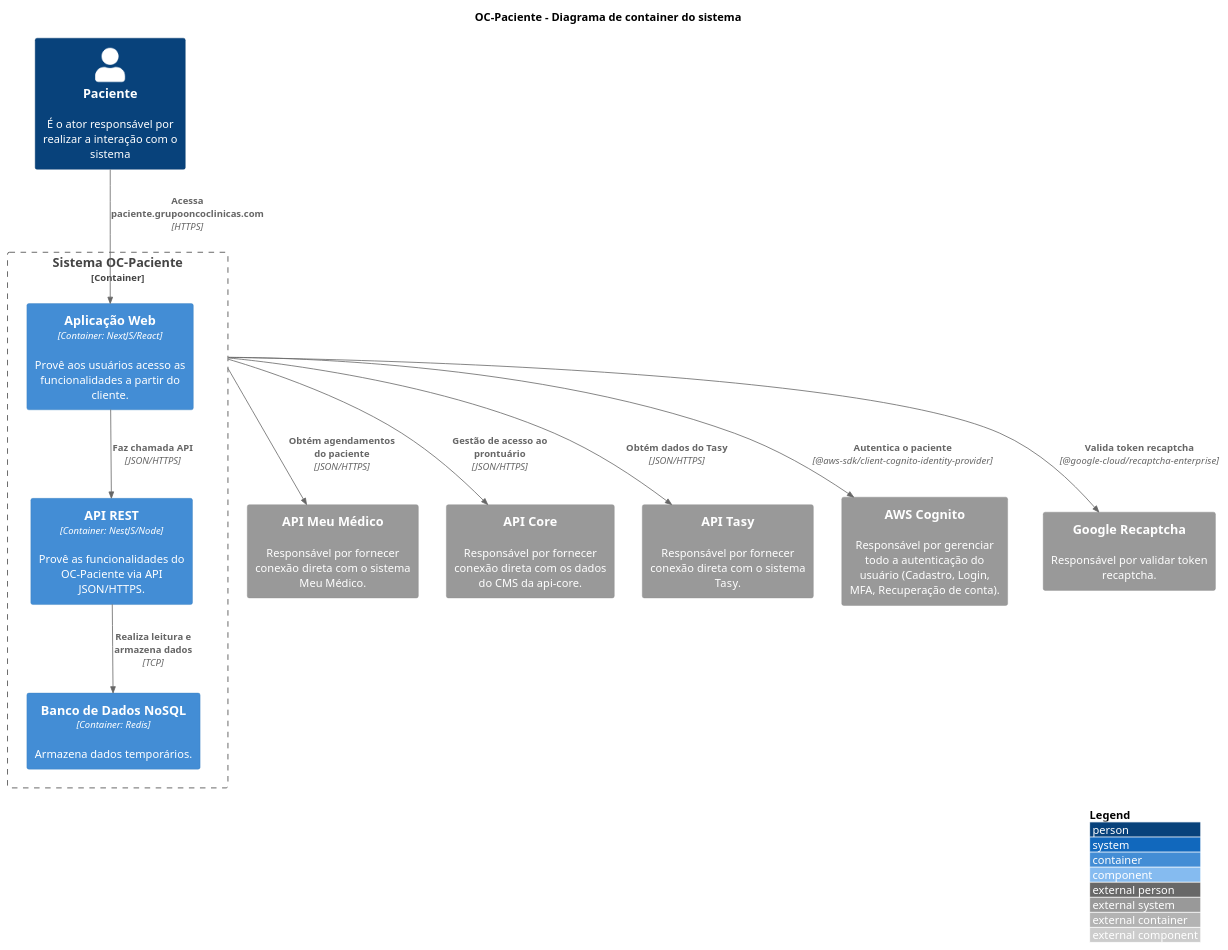
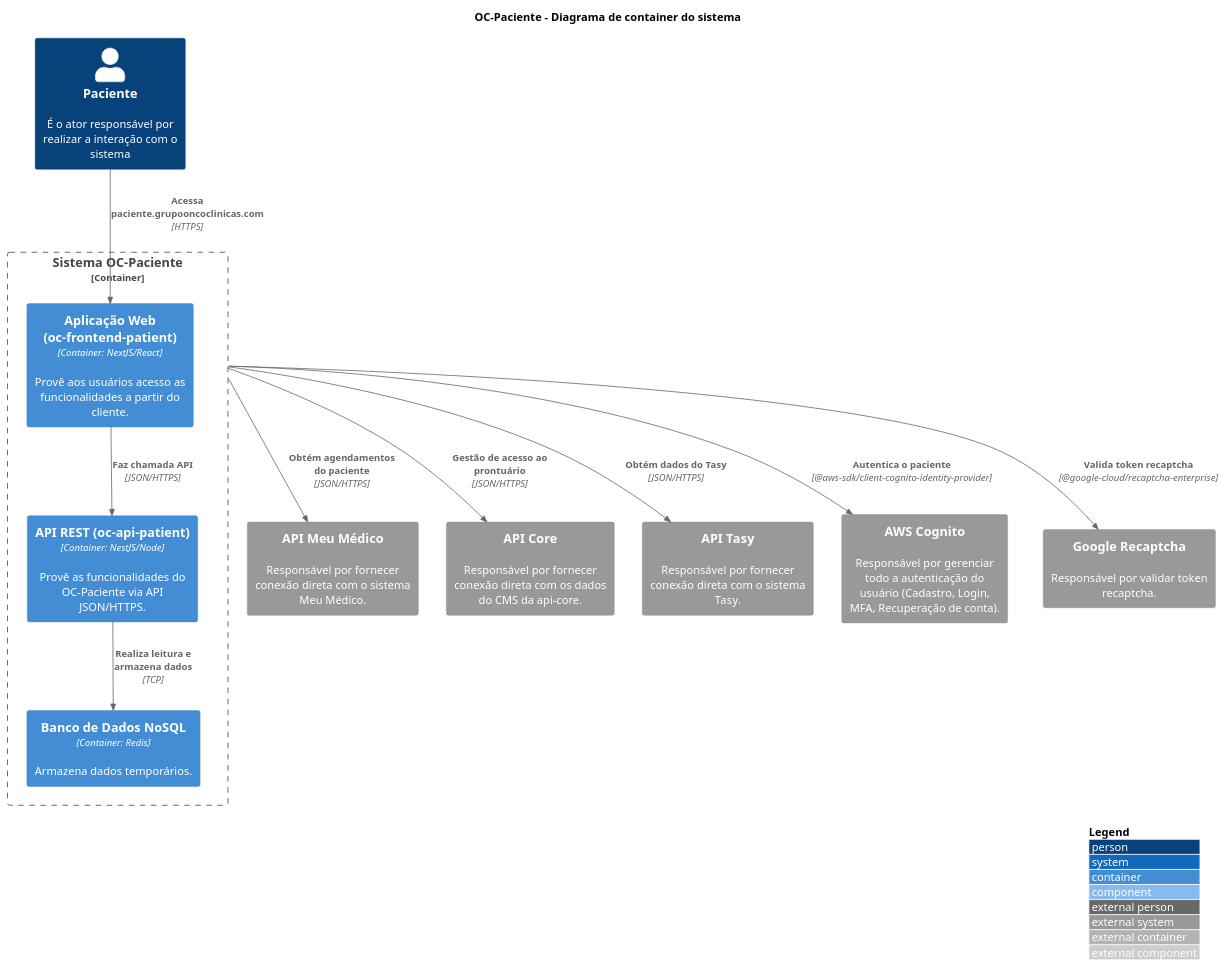
The diagram in src/OC-Paciente/C1. Visão Geral/C2. Sistema/containers.puml (luizggbasedigital/poc-oc-docs), drawn with PlantUML before and after one commit.

Commit message:
docs: improve patient docs descriptions

```diff
--- a/src/OC-Paciente/C1. Visão Geral/C2. Sistema/containers.puml
+++ b/src/OC-Paciente/C1. Visão Geral/C2. Sistema/containers.puml
@@ -1,39 +1,39 @@
 @startuml "Container Diagram"
 
 title "OC-Paciente - Diagrama de container do sistema"
 
 !include https://raw.githubusercontent.com/adrianvlupu/C4-PlantUML/latest/C4_Component.puml
 
 LAYOUT_WITH_LEGEND()
 
 skinparam backgroundcolor transparent
 
 /'Actors'/
 Person(ActorPatient, "Paciente", "É o ator responsável por realizar a interação com o sistema")
 
 /'Internal Systems'/
 Container_Boundary(SystemOCPatient, "Sistema OC-Paciente") {
-  Container(ContainerWebApp, "Aplicação Web", "Container: NextJS/React", "Provê aos usuários acesso as funcionalidades a partir do cliente.")
-  Container(ContainerServerApi, "API REST", "Container: NestJS/Node", "Provê as funcionalidades do OC-Paciente via API JSON/HTTPS.")
+  Container(ContainerWebApp, "Aplicação Web (oc-frontend-patient)", "Container: NextJS/React", "Provê aos usuários acesso as funcionalidades a partir do cliente.")
+  Container(ContainerServerApi, "API REST (oc-api-patient)", "Container: NestJS/Node", "Provê as funcionalidades do OC-Paciente via API JSON/HTTPS.")
   Container(ContainerDatabaseRedis, "Banco de Dados NoSQL", "Container: Redis", "Armazena dados temporários.")
 
   Rel(ActorPatient, ContainerWebApp, "Acessa paciente.grupooncoclinicas.com", "HTTPS")
   Rel(ContainerServerApi, ContainerDatabaseRedis, "Realiza leitura e armazena dados", "TCP")
   Rel(ContainerWebApp, ContainerServerApi, "Faz chamada API", "JSON/HTTPS")
 }
 
 /'External Systems'/
 System_Ext(SystemMyPhysicianApi, "API Meu Médico", "Responsável por fornecer conexão direta com o sistema Meu Médico.")
 System_Ext(SystemApiCore, "API Core", "Responsável por fornecer conexão direta com os dados do CMS da api-core.")
 System_Ext(SystemTasyApi, "API Tasy", "Responsável por fornecer conexão direta com o sistema Tasy.")
 System_Ext(SystemAWSCognito, "AWS Cognito", "Responsável por gerenciar todo a autenticação do usuário (Cadastro, Login, MFA, Recuperação de conta).")
 System_Ext(SystemGoogleRecaptcha, "Google Recaptcha", "Responsável por validar token recaptcha.")
 
 /'Relations'/
 Rel(SystemOCPatient, SystemGoogleRecaptcha, "Valida token recaptcha", "@google-cloud/recaptcha-enterprise")
 Rel(SystemOCPatient, SystemAWSCognito, "Autentica o paciente", "@aws-sdk/client-cognito-identity-provider")
 Rel(SystemOCPatient, SystemMyPhysicianApi, "Obtém agendamentos do paciente", "JSON/HTTPS")
 Rel(SystemOCPatient, SystemTasyApi, "Obtém dados do Tasy", "JSON/HTTPS")
 Rel(SystemOCPatient, SystemApiCore, "Gestão de acesso ao prontuário", "JSON/HTTPS")
 
 @enduml
```
